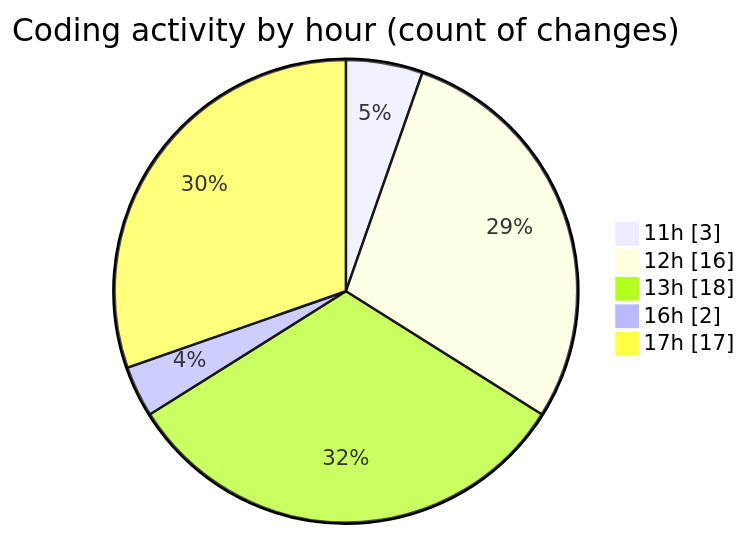
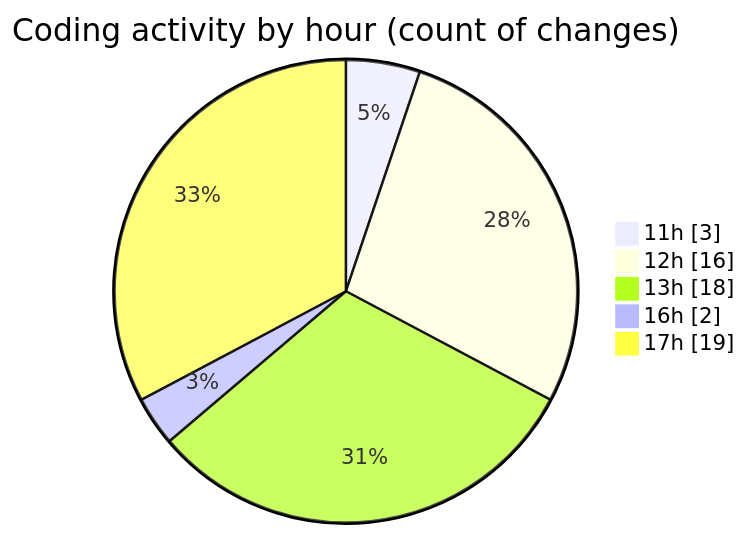
Before and after one commit to nxtqubesakshisongat/code-tracking: the second of 2 diagrams in 2025-06-03/nxtqube_webapp/README.md, drawn with Mermaid. The commit also changed other lines of this file and 1 other file, not shown here.

````diff
--- a/2025-06-03/nxtqube_webapp/README.md
+++ b/2025-06-03/nxtqube_webapp/README.md
@@ -30,9 +30,9 @@
 ```mermaid
 pie showData
 title Coding activity by hour (count of changes)
 "11h" : 3
 "12h" : 16
 "13h" : 18
 "16h" : 2
-"17h" : 17
+"17h" : 19
 ```
````
